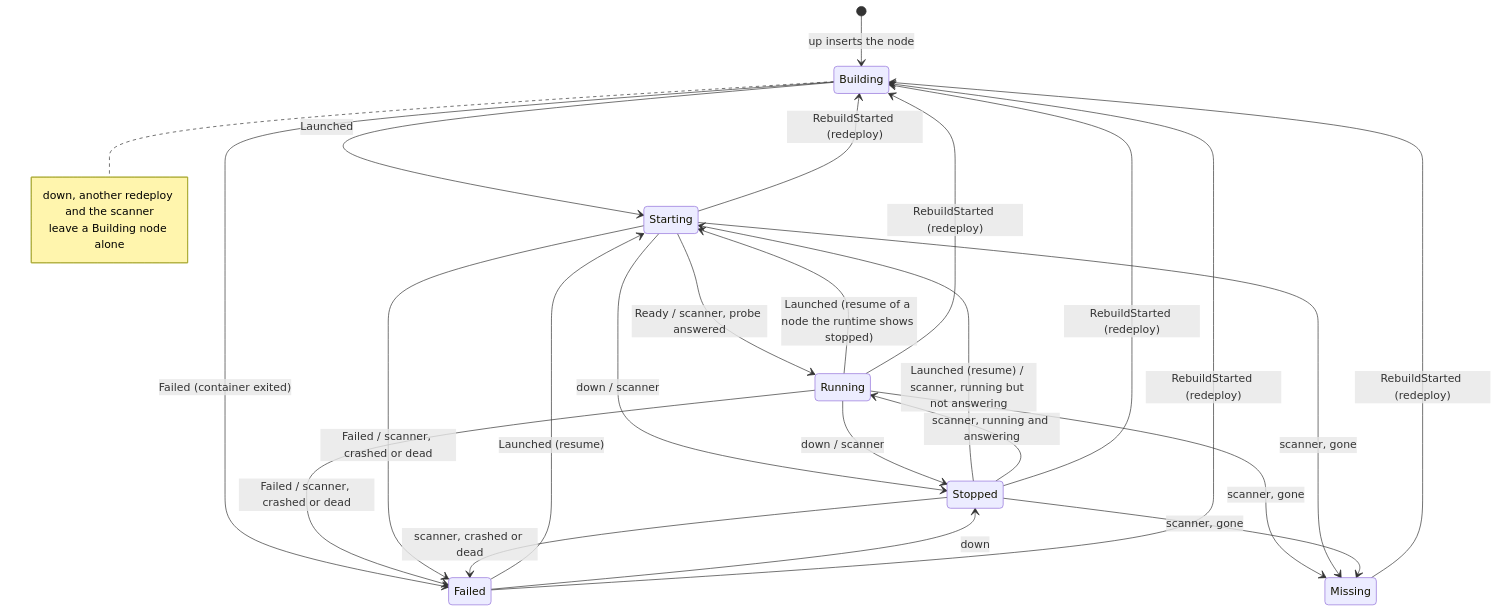
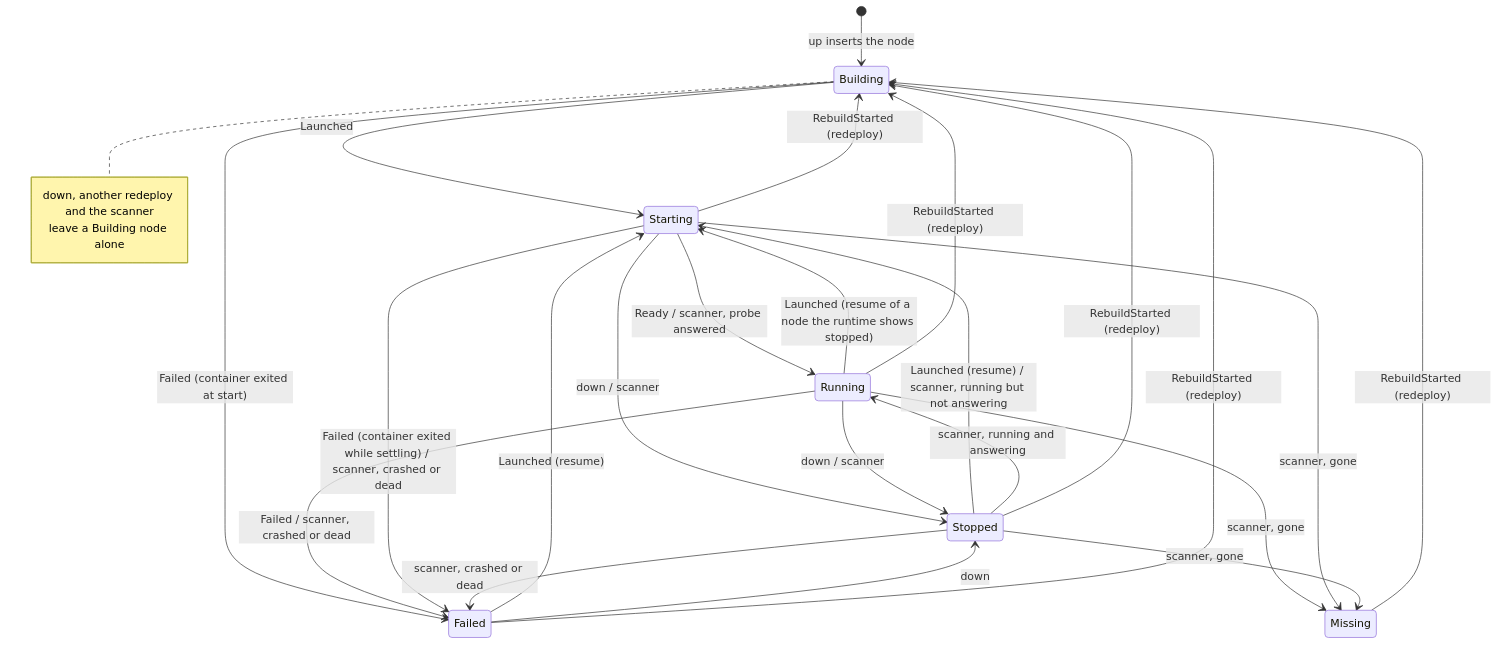
The first of 23 diagrams in docs/architecture/STATE_MACHINES.md (bwks/sherpa), drawn with Mermaid before and after one commit. The commit also changed other lines of this file and 12 other files, not shown here.

````diff
--- a/docs/architecture/STATE_MACHINES.md
+++ b/docs/architecture/STATE_MACHINES.md
@@ -154,29 +166,29 @@
 ```mermaid
 stateDiagram-v2
     [*] --> Building : up inserts the node
     Building --> Starting : Launched
-    Building --> Failed : Failed (container exited)
+    Building --> Failed : Failed (container exited at start)
     Starting --> Running : Ready / scanner, probe answered
     Running --> Starting : Launched (resume of a node the runtime shows stopped)
     Starting --> Stopped : down / scanner
     Running --> Stopped : down / scanner
     Stopped --> Starting : Launched (resume) / scanner, running but not answering
     Stopped --> Running : scanner, running and answering
     Failed --> Starting : Launched (resume)
     Failed --> Stopped : down
     Running --> Failed : Failed / scanner, crashed or dead
-    Starting --> Failed : Failed / scanner, crashed or dead
+    Starting --> Failed : Failed (container exited while settling) / scanner, crashed or dead
     Stopped --> Failed : scanner, crashed or dead
     Running --> Missing : scanner, gone
     Starting --> Missing : scanner, gone
     Stopped --> Missing : scanner, gone
     Missing --> Building : RebuildStarted (redeploy)
     Running --> Building : RebuildStarted (redeploy)
     Stopped --> Building : RebuildStarted (redeploy)
     Starting --> Building : RebuildStarted (redeploy)
     Failed --> Building : RebuildStarted (redeploy)
     note right of Building
         down, another redeploy and the scanner
         leave a Building node alone
     end note
 ```
````
